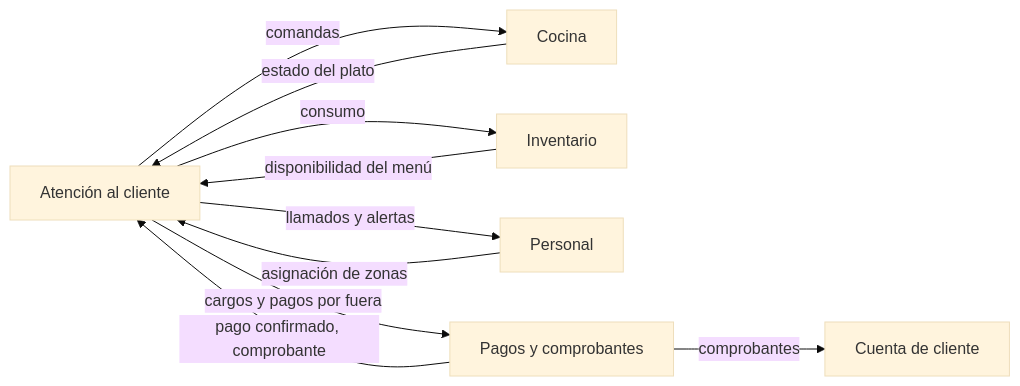
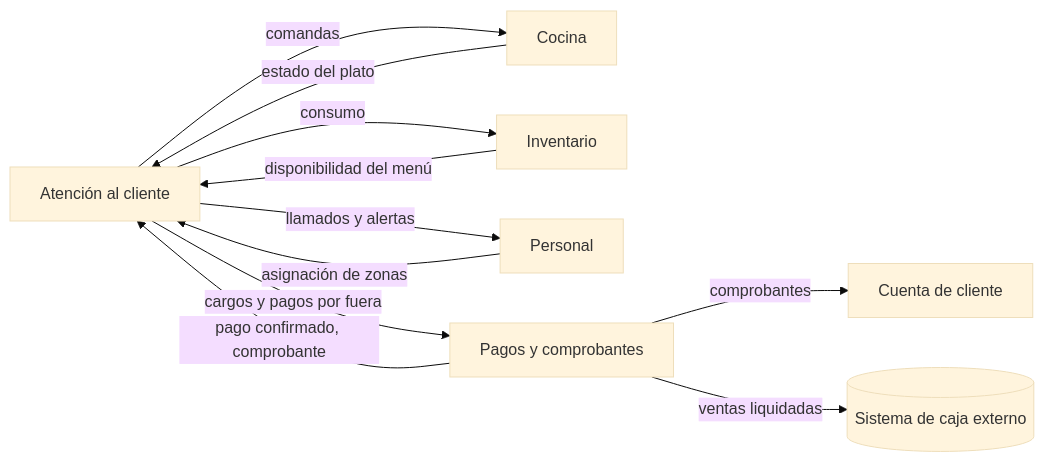
Before and after one commit to milkmantree/hungria: the diagram in docs/modulos/README.md, drawn with Mermaid (base theme). The commit also changed other lines of this file and 18 other files, not shown here.

````diff
--- a/docs/modulos/README.md
+++ b/docs/modulos/README.md
@@ -17,12 +17,13 @@
 ```mermaid
 flowchart LR
     AC[Atención al cliente] -->|comandas| CO[Cocina]
     CO -->|estado del plato| AC
     AC -->|consumo| IN[Inventario]
     IN -->|disponibilidad del menú| AC
     PE[Personal] -->|asignación de zonas| AC
     AC -->|llamados y alertas| PE
     AC -->|cargos y pagos por fuera| PA[Pagos y comprobantes]
     PA -->|pago confirmado, comprobante| AC
     PA -->|comprobantes| CC[Cuenta de cliente]
+    PA -->|ventas liquidadas| CJ[(Sistema de caja externo)]
 ```
````
